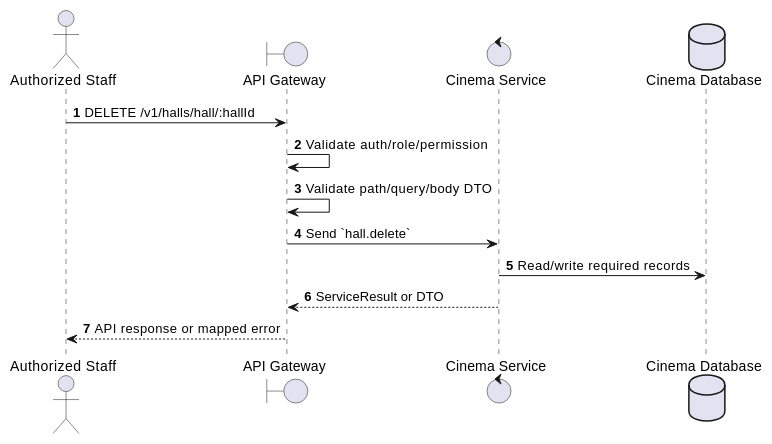
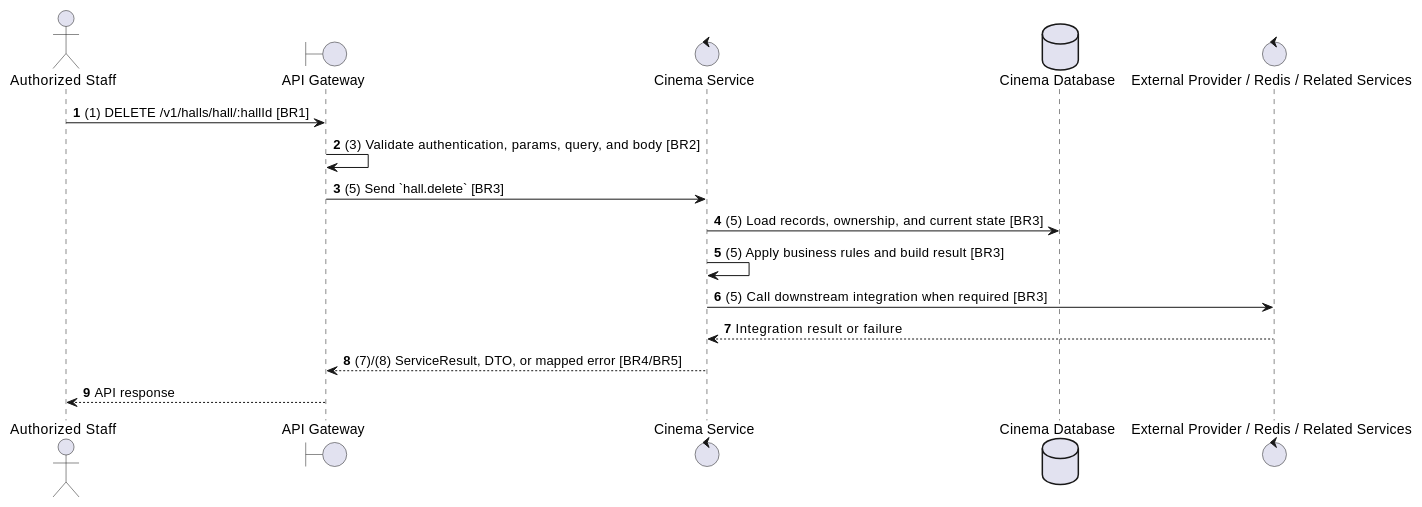
The second of 2 diagrams in docs/functional_specs/3.2.2_Hall_Management/HM-05_Delete_Hall.md (Tanh1603/movie-hub-architecture), drawn with PlantUML before and after one commit. The commit also changed other lines of this file and 129 other files, not shown here.

````diff
--- a/docs/functional_specs/3.2.2_Hall_Management/HM-05_Delete_Hall.md
+++ b/docs/functional_specs/3.2.2_Hall_Management/HM-05_Delete_Hall.md
@@ -17,17 +64,20 @@
 ```plantuml
 @startuml
 autonumber
 actor "Authorized Staff" as Actor
 boundary "API Gateway" as GW
 control "Cinema Service" as SVC
 database "Cinema Database" as DB
+control "External Provider / Redis / Related Services" as EXT
 
-Actor -> GW: DELETE /v1/halls/hall/:hallId
-GW -> GW: Validate auth/role/permission
-GW -> GW: Validate path/query/body DTO
-GW -> SVC: Send `hall.delete`
-SVC -> DB: Read/write required records
-SVC --> GW: ServiceResult or DTO
-GW --> Actor: API response or mapped error
+Actor -> GW: (1) DELETE /v1/halls/hall/:hallId [BR1]
+GW -> GW: (3) Validate authentication, params, query, and body [BR2]
+GW -> SVC: (5) Send `hall.delete` [BR3]
+SVC -> DB: (5) Load records, ownership, and current state [BR3]
+SVC -> SVC: (5) Apply business rules and build result [BR3]
+SVC -> EXT: (5) Call downstream integration when required [BR3]
+EXT --> SVC: Integration result or failure
+SVC --> GW: (7)/(8) ServiceResult, DTO, or mapped error [BR4/BR5]
+GW --> Actor: API response
 @enduml
 ```
````
